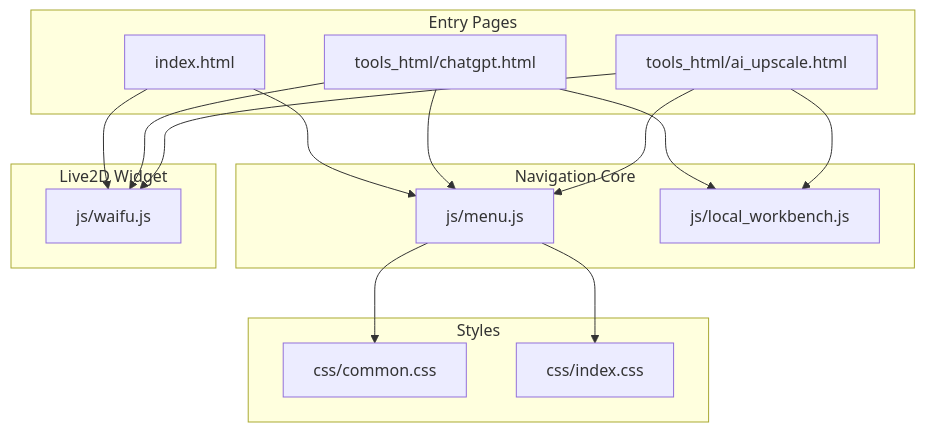
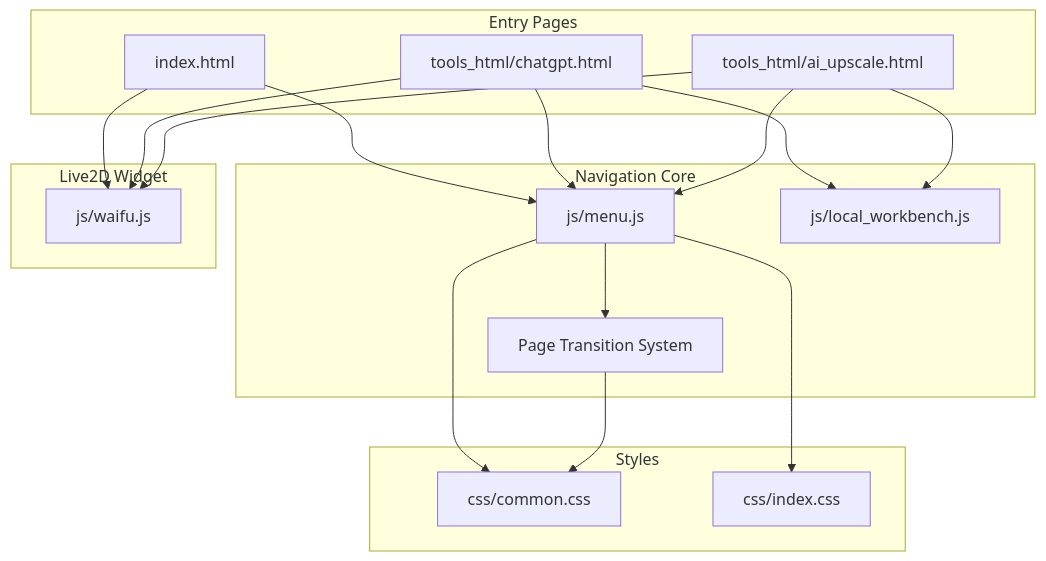
One commit to treasureGrove/TAWEBTOOL changed the first of 4 diagrams in .qoder/repowiki/en/content/Core Navigation System.md. Above: the diagram before and after it, drawn with Mermaid. The commit also changed other lines of this file and 31 other files, not shown here.

````diff
--- a/.qoder/repowiki/en/content/Core Navigation System.md
+++ b/.qoder/repowiki/en/content/Core Navigation System.md
@@ -32,29 +41,32 @@
 ```mermaid
 graph TB
 subgraph "Entry Pages"
 IDX["index.html"]
 TH1["tools_html/chatgpt.html"]
 TH2["tools_html/ai_upscale.html"]
 end
 subgraph "Navigation Core"
 MJ["js/menu.js"]
 LWB["js/local_workbench.js"]
+PT["Page Transition System"]
 end
 subgraph "Styles"
 CC["css/common.css"]
 IC["css/index.css"]
 end
 subgraph "Live2D Widget"
 WJ["js/waifu.js"]
 end
 IDX --> MJ
 TH1 --> MJ
 TH2 --> MJ
 MJ --> CC
 MJ --> IC
+MJ --> PT
 TH1 --> LWB
 TH2 --> LWB
 IDX --> WJ
 TH1 --> WJ
 TH2 --> WJ
+PT --> CC
 ```
````
